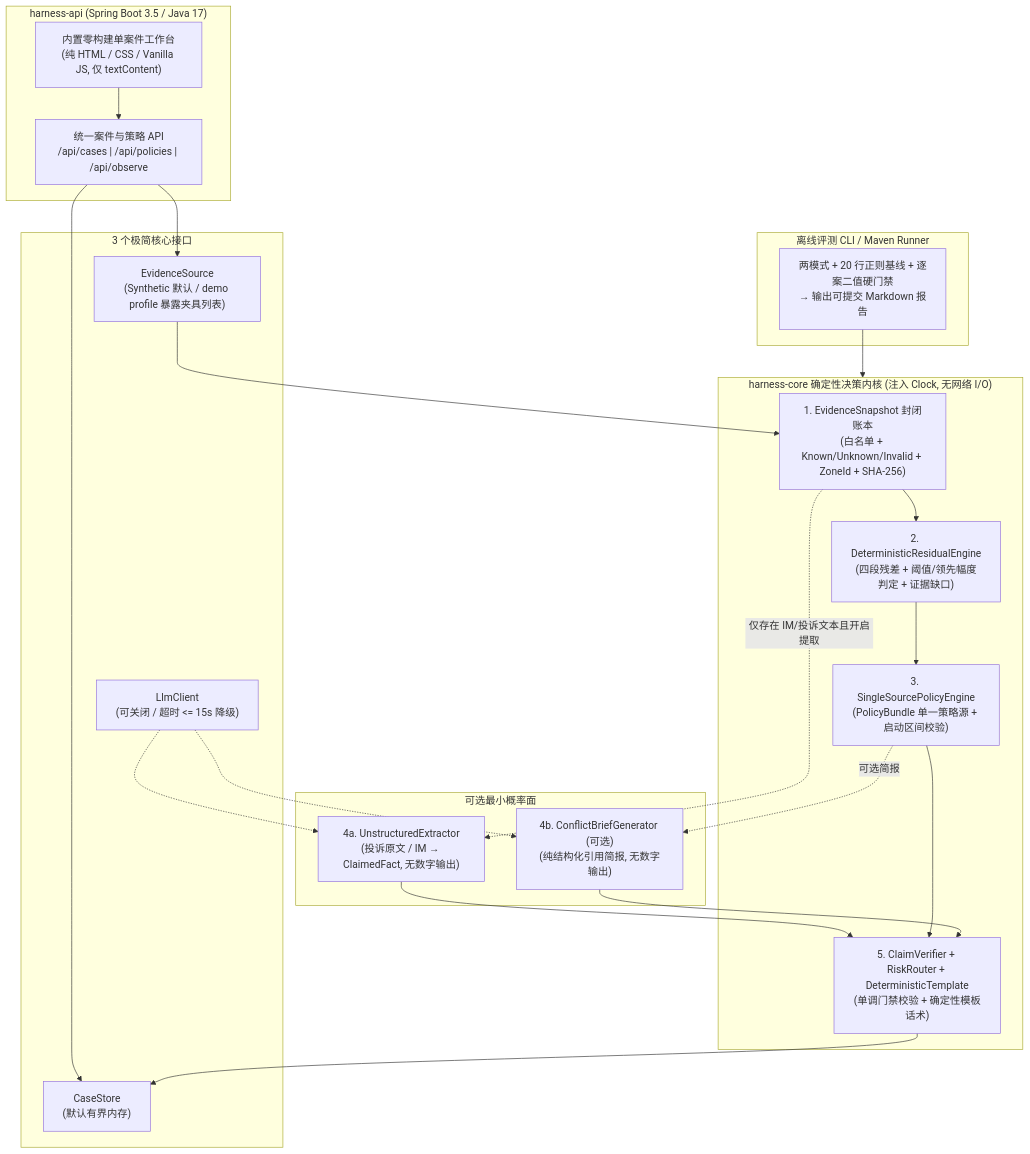
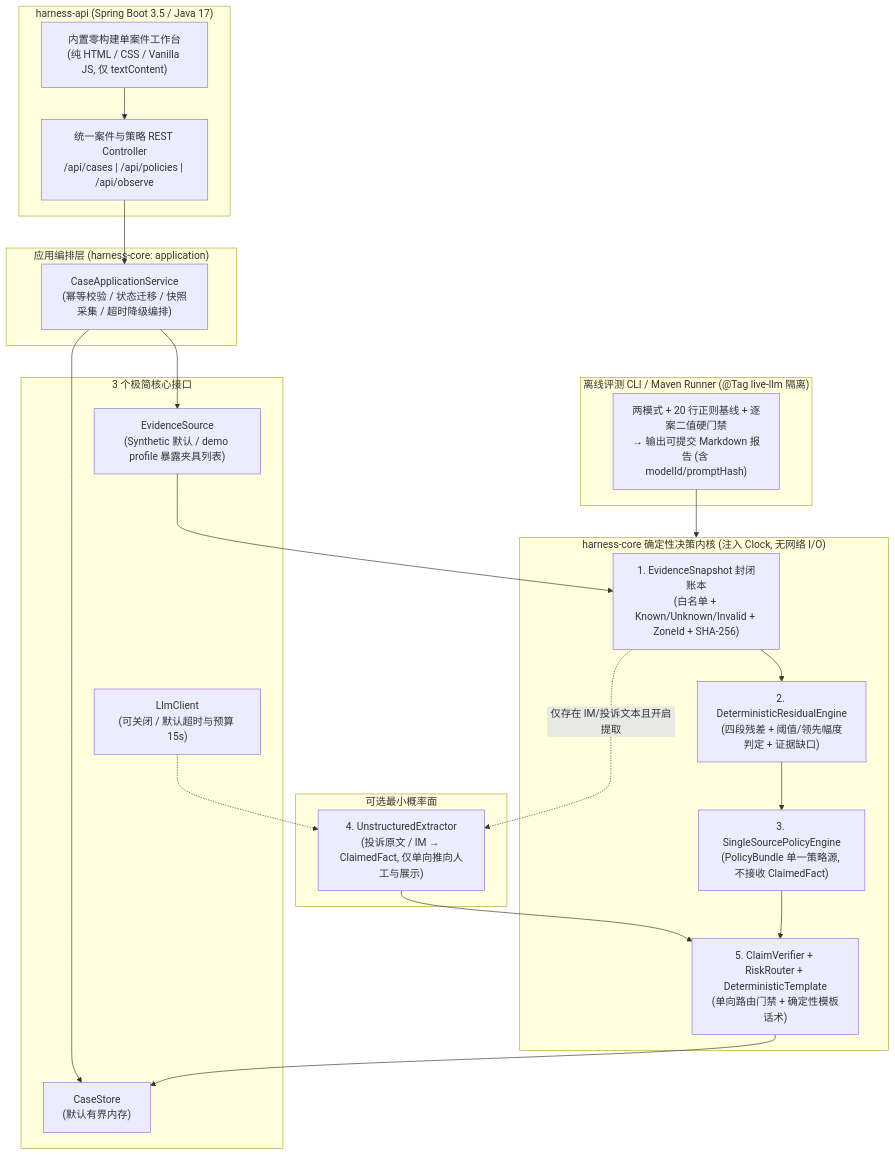
One commit to diudiu-tech/delivery-harness changed the diagram in docs/v0.3-harness-benchmark-proposal.zh-CN.md. Above: the diagram before and after it, drawn with Mermaid. The commit also changed other lines of this file, not shown here.

````diff
--- a/docs/v0.3-harness-benchmark-proposal.zh-CN.md
+++ b/docs/v0.3-harness-benchmark-proposal.zh-CN.md
@@ -64,45 +64,46 @@
 ```mermaid
 flowchart TB
     subgraph Api["harness-api (Spring Boot 3.5 / Java 17)"]
         UI["内置零构建单案件工作台\n(纯 HTML / CSS / Vanilla JS, 仅 textContent)"]
-        REST["统一案件与策略 API\n/api/cases | /api/policies | /api/observe"]
+        REST["统一案件与策略 REST Controller\n/api/cases | /api/policies | /api/observe"]
+    end
+
+    subgraph App["应用编排层 (harness-core: application)"]
+        AppSvc["CaseApplicationService\n(幂等校验 / 状态迁移 / 快照采集 / 超时降级编排)"]
     end
 
     subgraph Ports["3 个极简核心接口"]
         EvSrc["EvidenceSource\n(Synthetic 默认 / demo profile 暴露夹具列表)"]
         Store["CaseStore\n(默认有界内存)"]
-        Llm["LlmClient\n(可关闭 / 超时 <= 15s 降级)"]
+        Llm["LlmClient\n(可关闭 / 默认超时与预算 15s)"]
     end
 
     subgraph Core["harness-core 确定性决策内核 (注入 Clock, 无网络 I/O)"]
         Snap["1. EvidenceSnapshot 封闭账本\n(白名单 + Known/Unknown/Invalid + ZoneId + SHA-256)"]
         Res["2. DeterministicResidualEngine\n(四段残差 + 阈值/领先幅度判定 + 证据缺口)"]
-        Pol["3. SingleSourcePolicyEngine\n(PolicyBundle 单一策略源 + 启动区间校验)"]
-        Tpl["5. ClaimVerifier + RiskRouter + DeterministicTemplate\n(单调门禁校验 + 确定性模板话术)"]
+        Pol["3. SingleSourcePolicyEngine\n(PolicyBundle 单一策略源, 不接收 ClaimedFact)"]
+        Router["5. ClaimVerifier + RiskRouter + DeterministicTemplate\n(单向路由门禁 + 确定性模板话术)"]
     end
 
     subgraph Prob["可选最小概率面"]
-        Ext["4a. UnstructuredExtractor\n(投诉原文 / IM → ClaimedFact, 无数字输出)"]
-        Brief["4b. ConflictBriefGenerator (可选)\n(纯结构化引用简报, 无数字输出)"]
+        Ext["4. UnstructuredExtractor\n(投诉原文 / IM → ClaimedFact, 仅单向推向人工与展示)"]
     end
 
-    subgraph CLI["离线评测 CLI / Maven Runner"]
-        Eval["两模式 + 20 行正则基线 + 逐案二值硬门禁\n→ 输出可提交 Markdown 报告"]
+    subgraph CLI["离线评测 CLI / Maven Runner (@Tag live-llm 隔离)"]
+        Eval["两模式 + 20 行正则基线 + 逐案二值硬门禁\n→ 输出可提交 Markdown 报告 (含 modelId/promptHash)"]
     end
 
     UI --> REST
-    REST --> EvSrc
-    REST --> Store
+    REST --> AppSvc
+    AppSvc --> EvSrc
+    AppSvc --> Store
     EvSrc --> Snap
     Snap --> Res
     Res --> Pol
     Snap -.->|"仅存在 IM/投诉文本且开启提取"| Ext
-    Ext --> Tpl
-    Pol --> Tpl
-    Pol -.->|"可选简报"| Brief
-    Brief --> Tpl
-    Tpl --> Store
+    Ext --> Router
+    Pol --> Router
+    Router --> Store
     Llm -.-> Ext
-    Llm -.-> Brief
     Eval --> Core
 ```
````
